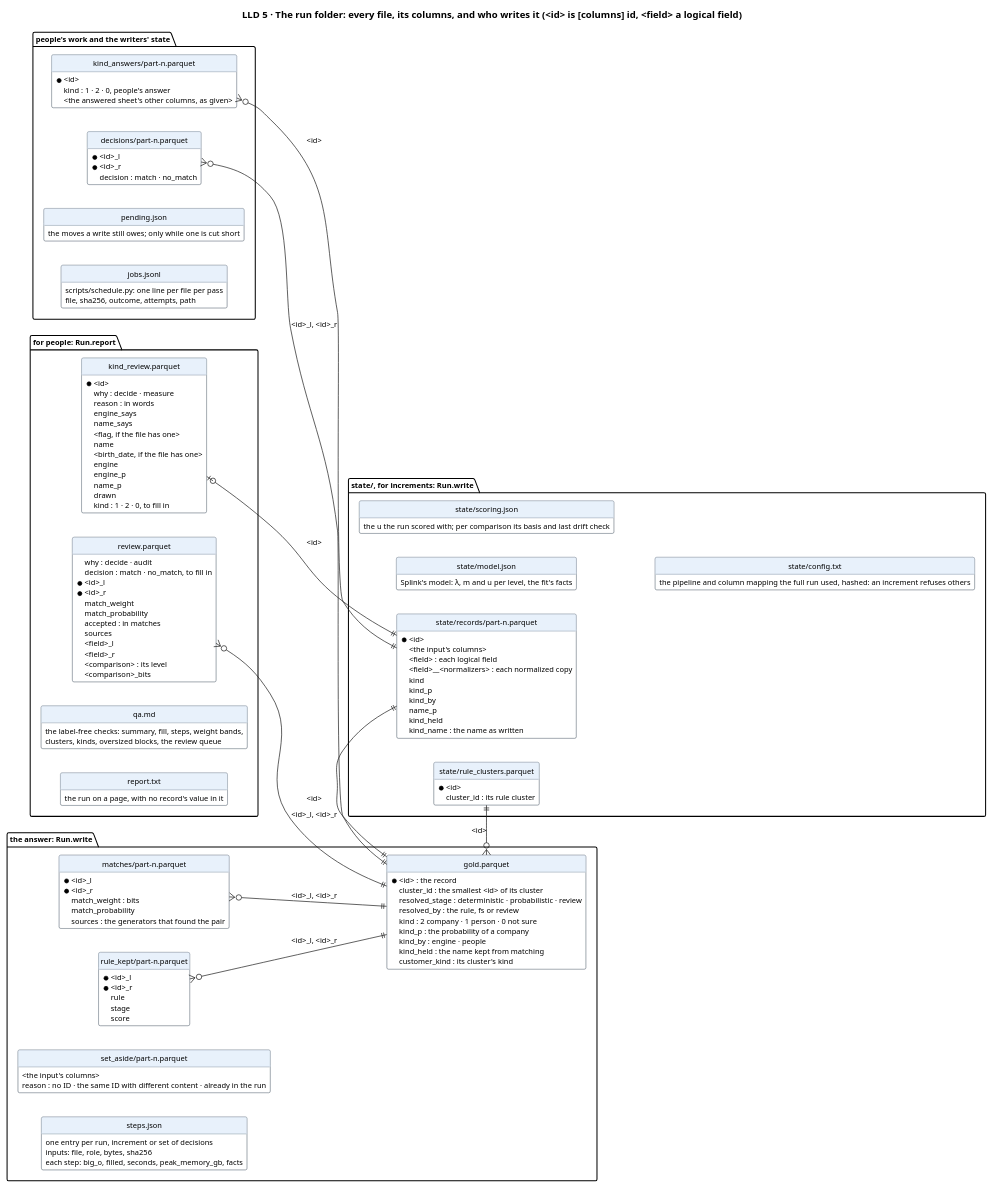
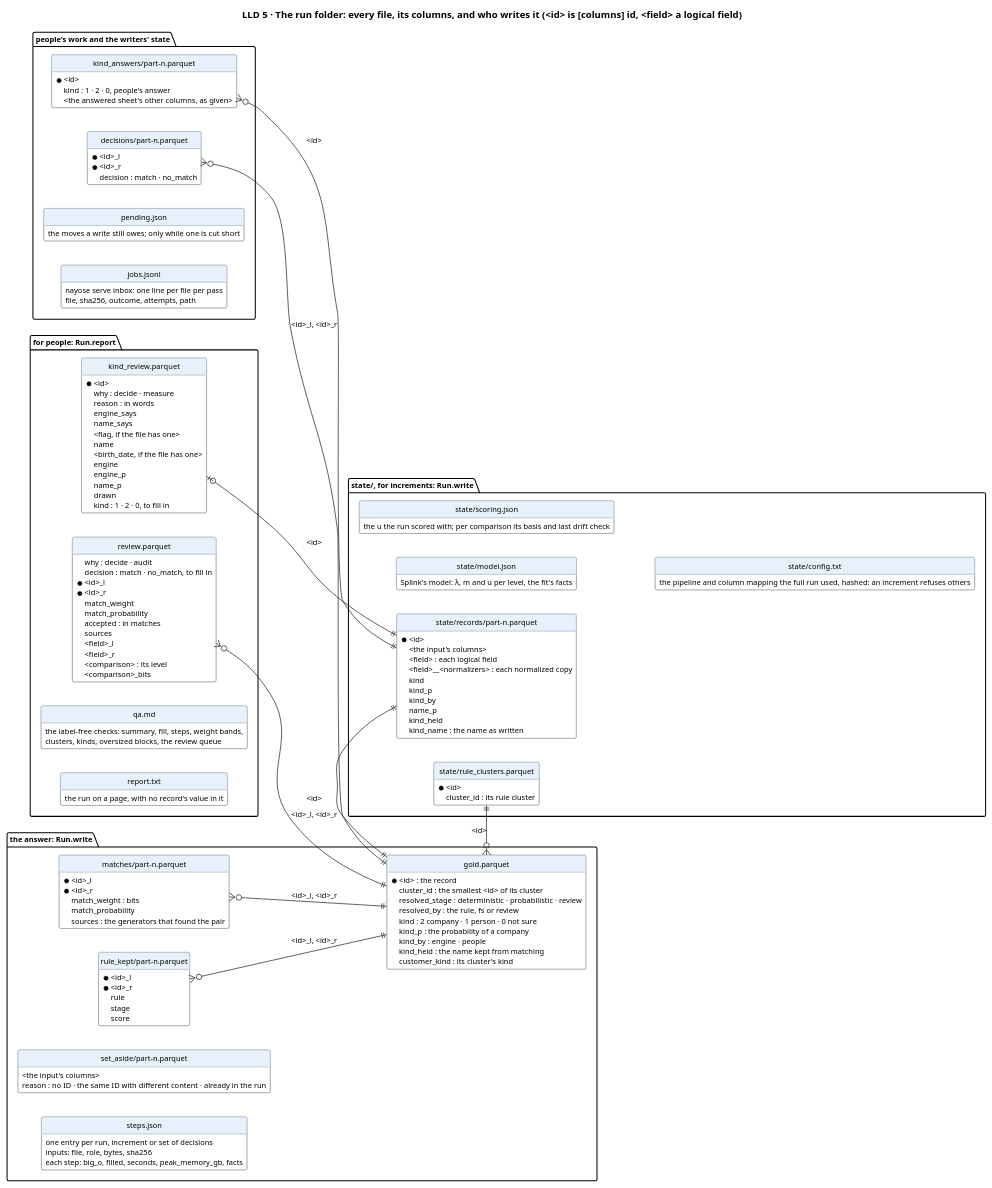
One commit to mvsbm/entity_matching changed the diagram in docs/diagrams/data.puml. Above: the diagram before and after it, drawn with PlantUML. The commit also changed 48 other files, not shown here.

First line of the commit message:
nayose: one complete command line, declared once

```diff
--- a/docs/diagrams/data.puml
+++ b/docs/diagrams/data.puml
@@ -1,146 +1,146 @@
 @startuml data
 title LLD 5 · The run folder: every file, its columns, and who writes it (<id> is [columns] id, <field> a logical field)
 set namespaceSeparator none
 left to right direction
 hide circle
 hide methods
 skinparam defaultFontSize 11
 skinparam class {
   BackgroundColor #FFFFFF
   BorderColor #65717E
   HeaderBackgroundColor #E8F1FB
 }
 
 package "the answer: Run.write" {
   entity "gold.parquet" as gold {
     * <id> : the record
     cluster_id : the smallest <id> of its cluster
     resolved_stage : deterministic · probabilistic · review
     resolved_by : the rule, fs or review
     kind : 2 company · 1 person · 0 not sure
     kind_p : the probability of a company
     kind_by : engine · people
     kind_held : the name kept from matching
     customer_kind : its cluster's kind
   }
   entity "matches/part-n.parquet" as matches {
     * <id>_l
     * <id>_r
     match_weight : bits
     match_probability
     sources : the generators that found the pair
   }
   entity "rule_kept/part-n.parquet" as rule_kept {
     * <id>_l
     * <id>_r
     rule
     stage
     score
   }
   entity "set_aside/part-n.parquet" as set_aside {
     <the input's columns>
     reason : no ID · the same ID with different content · already in the run
   }
   entity "steps.json" as steps {
     one entry per run, increment or set of decisions
     inputs: file, role, bytes, sha256
     each step: big_o, filled, seconds, peak_memory_gb, facts
   }
 }
 
 package "state/, for increments: Run.write" {
   entity "state/records/part-n.parquet" as records {
     * <id>
     <the input's columns>
     <field> : each logical field
     <field>__<normalizers> : each normalized copy
     kind
     kind_p
     kind_by
     name_p
     kind_held
     kind_name : the name as written
   }
   entity "state/rule_clusters.parquet" as rule_clusters {
     * <id>
     cluster_id : its rule cluster
   }
   entity "state/model.json" as model {
     Splink's model: λ, m and u per level, the fit's facts
   }
   entity "state/scoring.json" as scoring {
     the u the run scored with; per comparison its basis and last drift check
   }
   entity "state/config.txt" as config {
     the pipeline and column mapping the full run used, hashed: an increment refuses others
   }
 }
 
 package "for people: Run.report" {
   entity "review.parquet" as review {
     why : decide · audit
     decision : match · no_match, to fill in
     * <id>_l
     * <id>_r
     match_weight
     match_probability
     accepted : in matches
     sources
     <field>_l
     <field>_r
     <comparison> : its level
     <comparison>_bits
   }
   entity "kind_review.parquet" as kind_review {
     * <id>
     why : decide · measure
     reason : in words
     engine_says
     name_says
     <flag, if the file has one>
     name
     <birth_date, if the file has one>
     engine
     engine_p
     name_p
     drawn
     kind : 1 · 2 · 0, to fill in
   }
   entity "qa.md" as qa {
     the label-free checks: summary, fill, steps, weight bands,
     clusters, kinds, oversized blocks, the review queue
   }
   entity "report.txt" as report {
     the run on a page, with no record's value in it
   }
 }
 
 package "people's work and the writers' state" {
   entity "decisions/part-n.parquet" as decisions {
     * <id>_l
     * <id>_r
     decision : match · no_match
   }
   entity "kind_answers/part-n.parquet" as kind_answers {
     * <id>
     kind : 1 · 2 · 0, people's answer
     <the answered sheet's other columns, as given>
   }
   entity "pending.json" as pending {
     the moves a write still owes; only while one is cut short
   }
   entity "jobs.jsonl" as jobs {
-    scripts/schedule.py: one line per file per pass
+    nayose serve inbox: one line per file per pass
     file, sha256, outcome, attempts, path
   }
 }
 
 gold }o--|| rule_clusters : <id>
 matches }o--|| gold : <id>_l, <id>_r
 rule_kept }o--|| gold : <id>_l, <id>_r
 records ||--|| gold : <id>
 kind_answers }o--|| records : <id>
 review }o--|| gold : <id>_l, <id>_r
 kind_review |o--|| records : <id>
 decisions }o--|| gold : <id>_l, <id>_r
 @enduml
```
